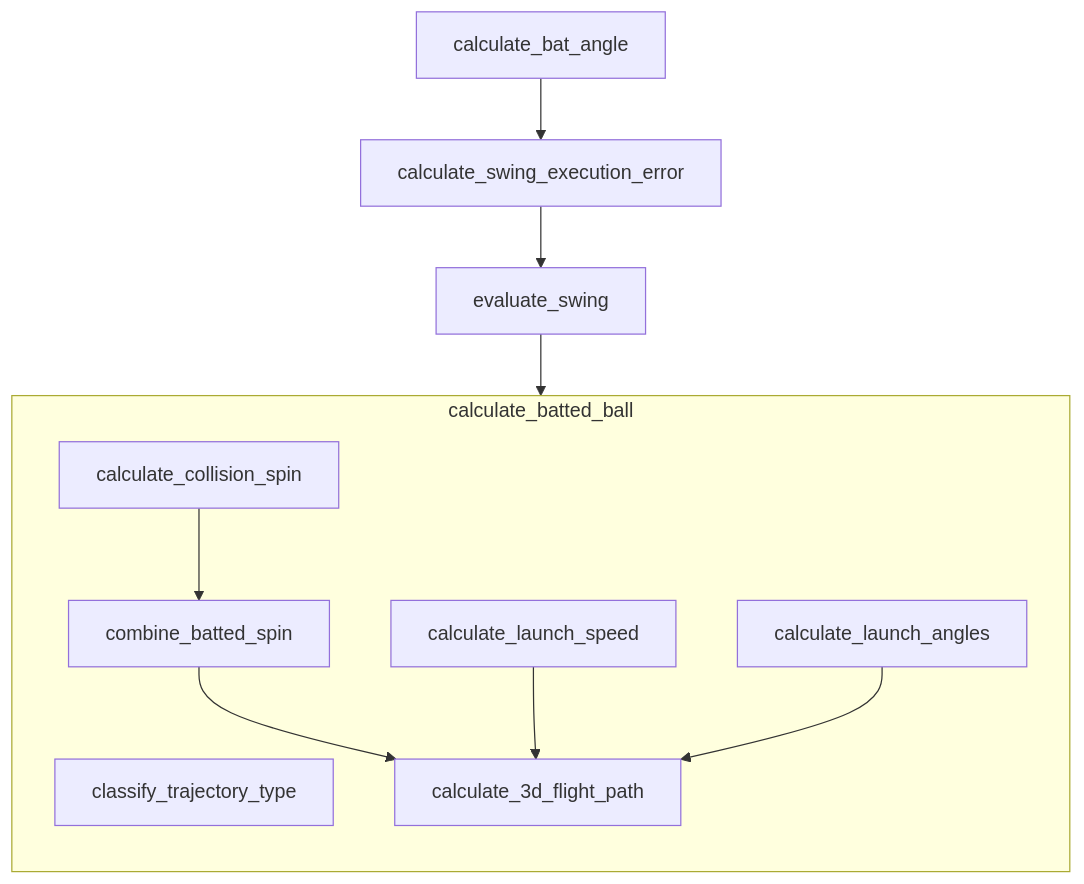
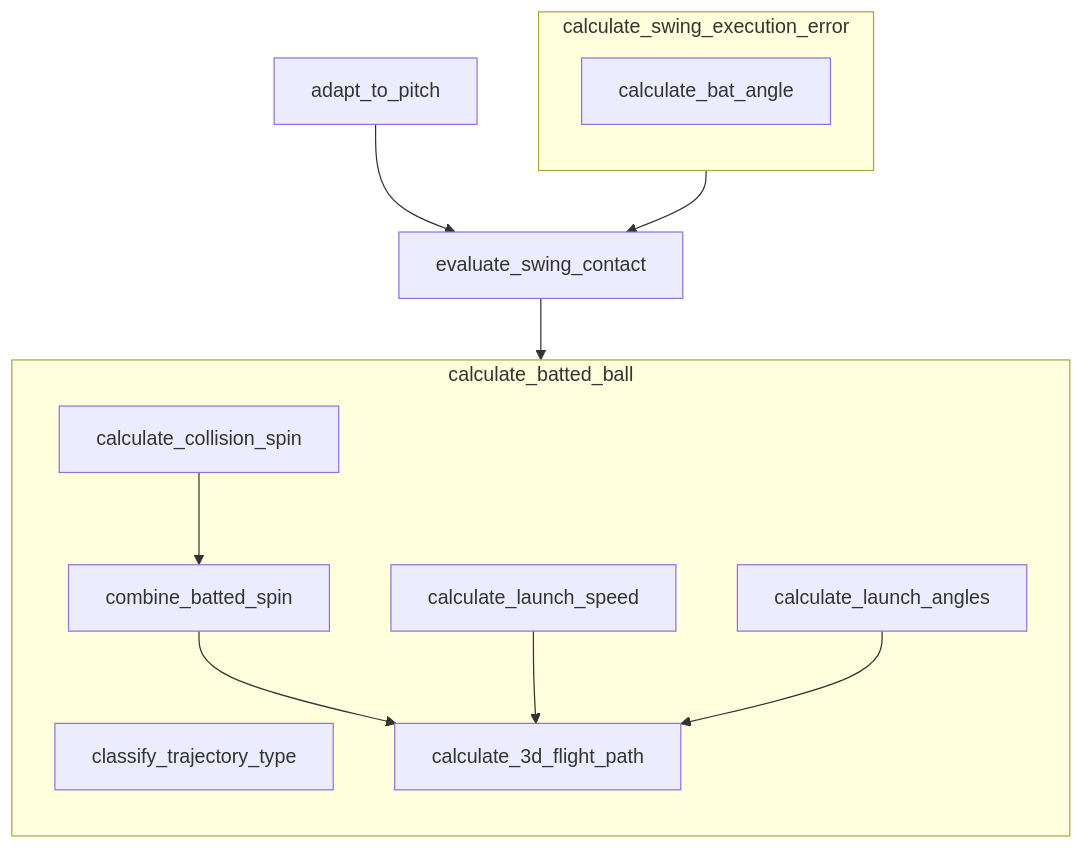
Before and after one commit to torafugu/saberbb: the diagram in docs/mmd/batting_diagram.mmd, drawn with Mermaid. The commit also changed 9 other files, not shown here.

```diff
--- a/docs/mmd/batting_diagram.mmd
+++ b/docs/mmd/batting_diagram.mmd
@@ -1,11 +1,16 @@
 flowchart TD
-    calculate_bat_angle --> calculate_swing_execution_error
-    calculate_swing_execution_error --> evaluate_swing --> calculate_batted_ball
+    adapt_to_pitch --> evaluate_swing_contact
+    calculate_swing_execution_error --> evaluate_swing_contact --> calculate_batted_ball
+
+    subgraph calculate_swing_execution_error
+        direction TB
+        calculate_bat_angle
+    end
 
     subgraph calculate_batted_ball
         direction TB
         classify_trajectory_type
         calculate_collision_spin --> combine_batted_spin --> calculate_3d_flight_path
         calculate_launch_speed --> calculate_3d_flight_path
         calculate_launch_angles --> calculate_3d_flight_path
     end
```
